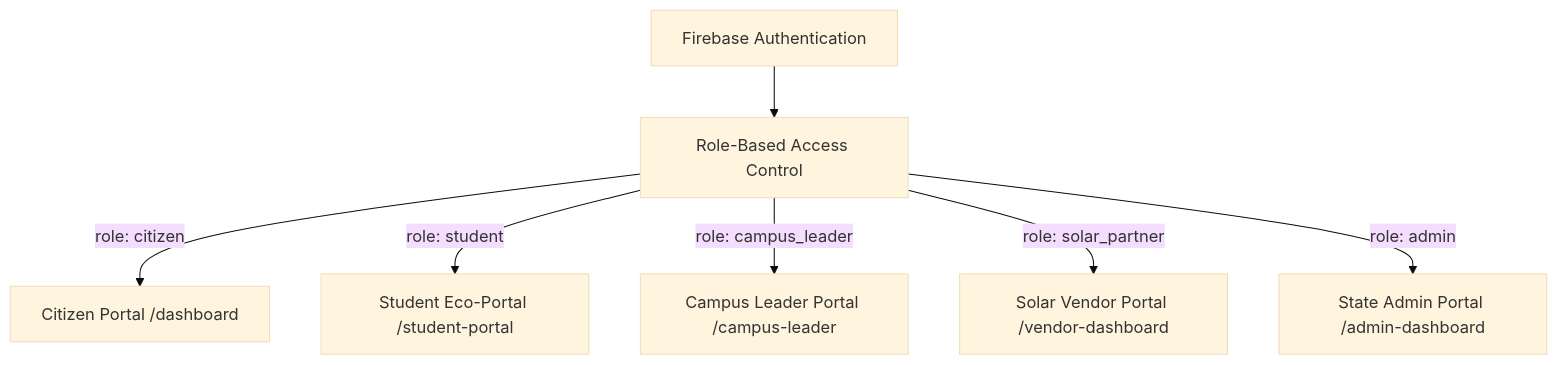
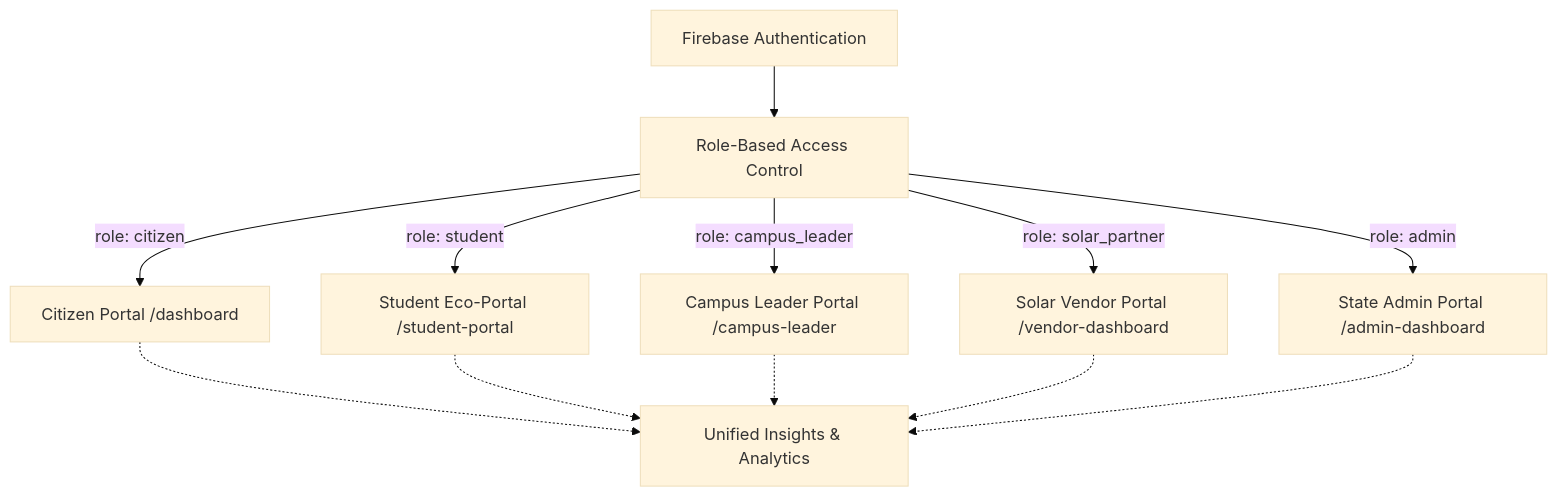
One commit to pratitdedhia/Mission-LiFE changed the first of 2 diagrams in README.md. Above: the diagram before and after it, drawn with Mermaid (base theme). The commit also changed other lines of this file and 1 other file, not shown here.

Commit message:
docs(readme): update README with multi-role Insights engine, automatic RBAC routing, and expanded test suites

````diff
--- a/README.md
+++ b/README.md
@@ -39,9 +40,15 @@
 ```mermaid
 flowchart TD
     Auth[Firebase Authentication] --> RBAC[Role-Based Access Control]
     RBAC -->|role: citizen| Citizen[Citizen Portal /dashboard]
     RBAC -->|role: student| Student[Student Eco-Portal /student-portal]
     RBAC -->|role: campus_leader| Leader[Campus Leader Portal /campus-leader]
     RBAC -->|role: solar_partner| Vendor[Solar Vendor Portal /vendor-dashboard]
     RBAC -->|role: admin| Admin[State Admin Portal /admin-dashboard]
+    
+    Citizen -.-> Insights[Unified Insights & Analytics]
+    Student -.-> Insights
+    Leader -.-> Insights
+    Vendor -.-> Insights
+    Admin -.-> Insights
 ```
````
